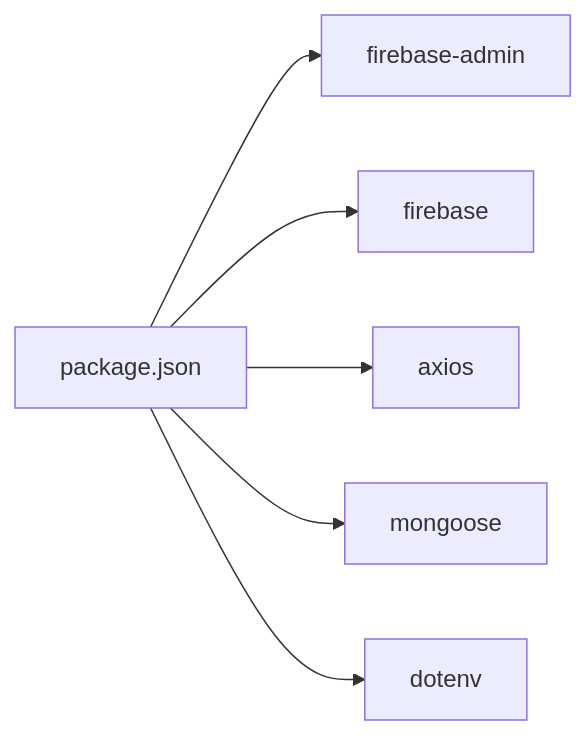
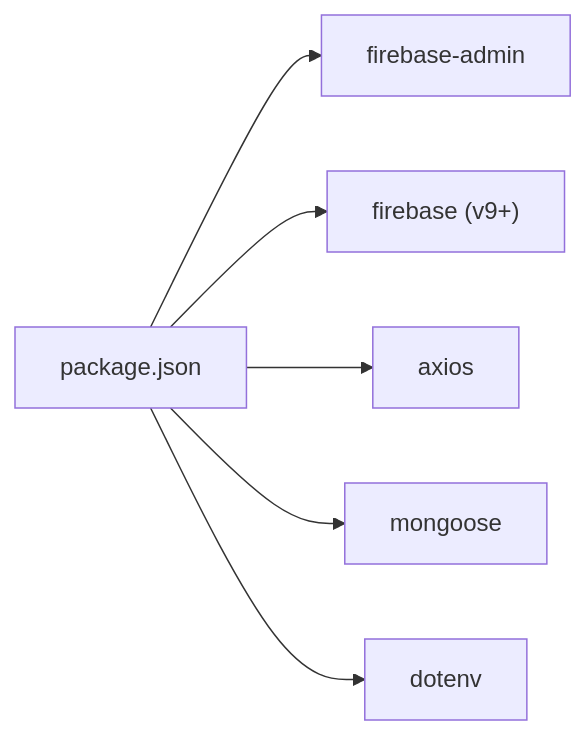
Before and after one commit to Pavan-PSPK9032/TrendsandToss: the third of 3 diagrams in .qoder/repowiki/en/content/Backend API Documentation/Authentication API.md, drawn with Mermaid. The commit also changed other lines of this file and 6 other files, not shown here.

````diff
--- a/.qoder/repowiki/en/content/Backend API Documentation/Authentication API.md
+++ b/.qoder/repowiki/en/content/Backend API Documentation/Authentication API.md
@@ -308,14 +314,14 @@
 ```mermaid
 graph LR
 P["package.json"]
 FA["firebase-admin"]
-FB["firebase"]
+FB["firebase (v9+)"]
 AX["axios"]
 M["mongoose"]
 D["dotenv"]
 P --> FA
 P --> FB
 P --> AX
 P --> M
 P --> D
 ```
````
